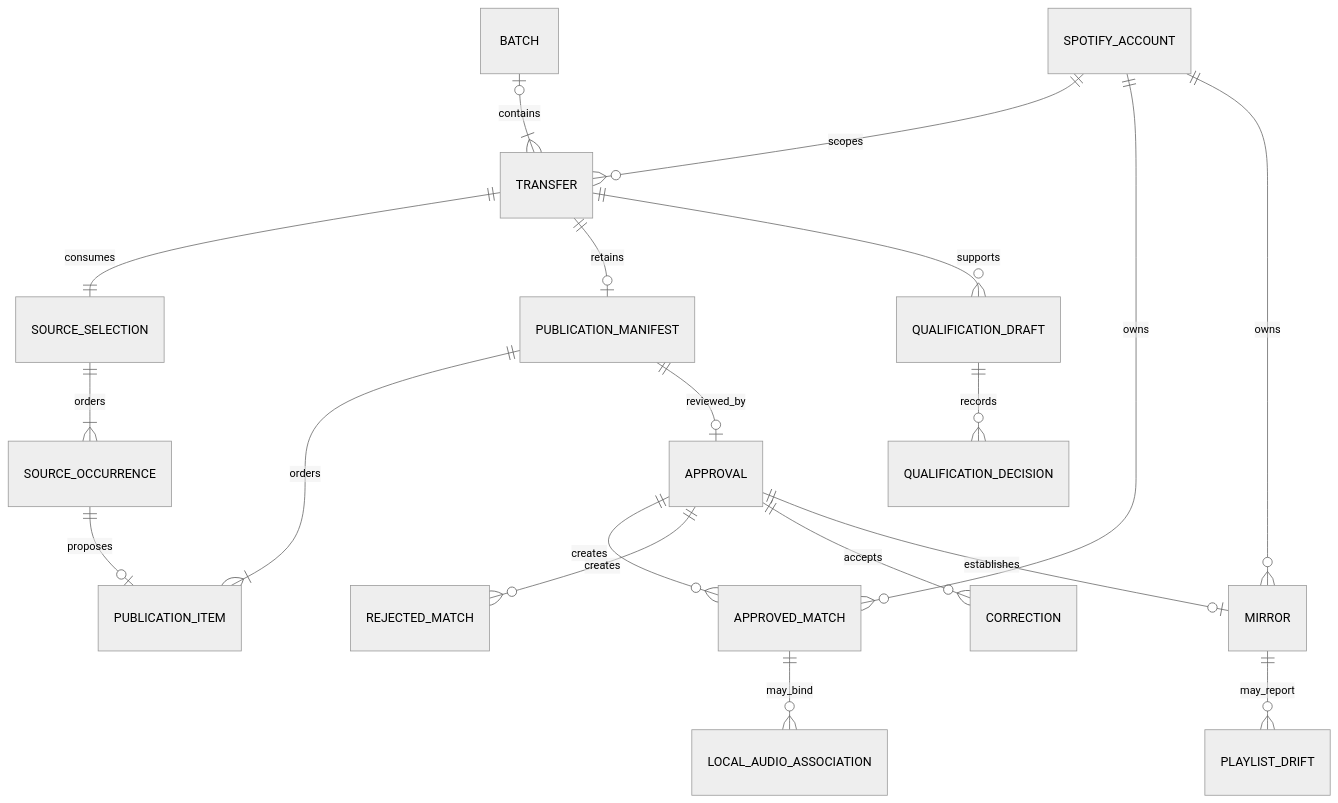
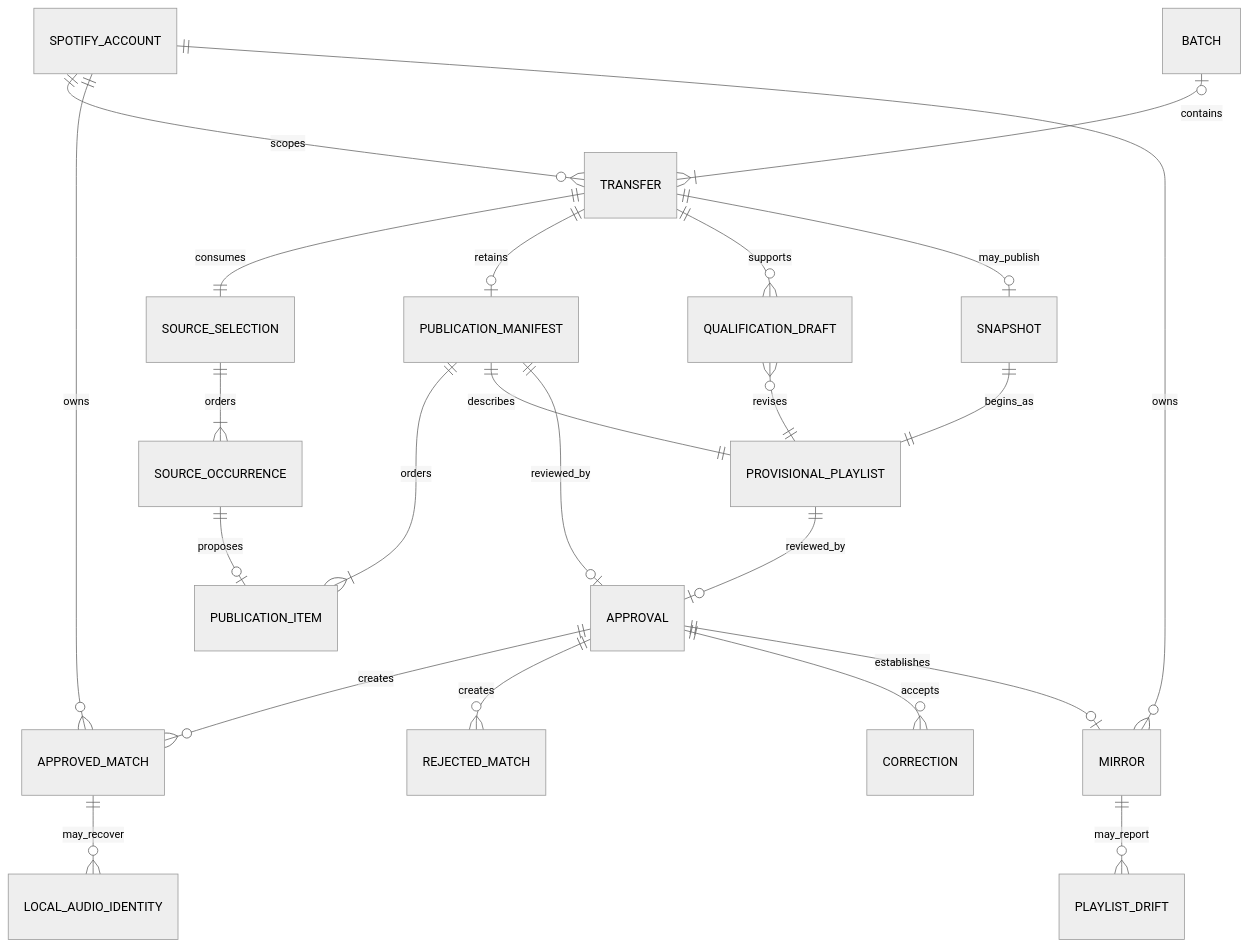
One commit to spontain112/djsupport changed the first of 2 diagrams in docs/domain-model.md. Above: the diagram before and after it, drawn with Mermaid (neutral theme). The commit also changed other lines of this file and 7 other files, not shown here.

Commit message:
Resolve architecture documentation reviews

````diff
--- a/docs/domain-model.md
+++ b/docs/domain-model.md
@@ -11,21 +11,25 @@
 ```mermaid
 erDiagram
     SPOTIFY_ACCOUNT ||--o{ TRANSFER : scopes
     BATCH o|--|{ TRANSFER : contains
     TRANSFER ||--|| SOURCE_SELECTION : consumes
     SOURCE_SELECTION ||--|{ SOURCE_OCCURRENCE : orders
     TRANSFER ||--o| PUBLICATION_MANIFEST : retains
     PUBLICATION_MANIFEST ||--|{ PUBLICATION_ITEM : orders
+    PUBLICATION_MANIFEST ||--|| PROVISIONAL_PLAYLIST : describes
     SOURCE_OCCURRENCE ||--o| PUBLICATION_ITEM : proposes
     TRANSFER ||--o{ QUALIFICATION_DRAFT : supports
-    QUALIFICATION_DRAFT ||--o{ QUALIFICATION_DECISION : records
+    QUALIFICATION_DRAFT }o--|| PROVISIONAL_PLAYLIST : revises
     PUBLICATION_MANIFEST ||--o| APPROVAL : reviewed_by
+    PROVISIONAL_PLAYLIST ||--o| APPROVAL : reviewed_by
     APPROVAL ||--o{ APPROVED_MATCH : creates
     APPROVAL ||--o{ REJECTED_MATCH : creates
     APPROVAL ||--o{ CORRECTION : accepts
     APPROVAL ||--o| MIRROR : establishes
-    APPROVED_MATCH ||--o{ LOCAL_AUDIO_ASSOCIATION : may_bind
+    TRANSFER ||--o| SNAPSHOT : may_publish
+    SNAPSHOT ||--|| PROVISIONAL_PLAYLIST : begins_as
+    APPROVED_MATCH ||--o{ LOCAL_AUDIO_IDENTITY : may_recover
     SPOTIFY_ACCOUNT ||--o{ APPROVED_MATCH : owns
     SPOTIFY_ACCOUNT ||--o{ MIRROR : owns
     MIRROR ||--o{ PLAYLIST_DRIFT : may_report
 ```
````
